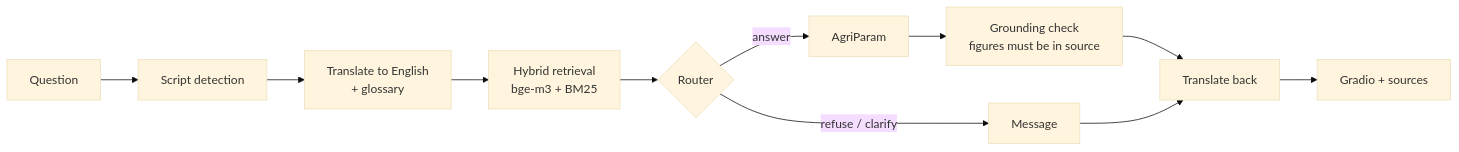
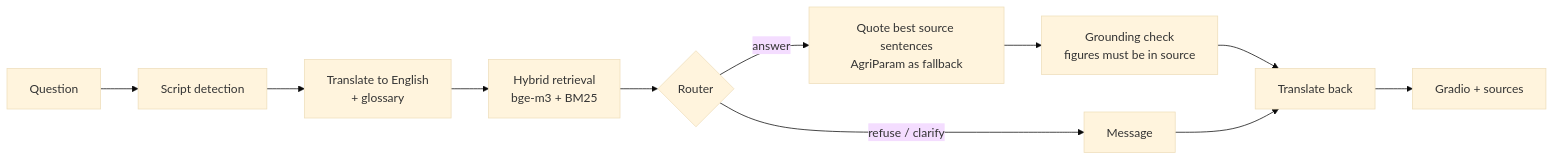
The diagram in README.md (CypherMan2310/FarmerFriend), drawn with Mermaid (base theme) before and after one commit. The commit also changed other lines of this file and 7 other files, not shown here.

````diff
--- a/README.md
+++ b/README.md
@@ -41,9 +41,9 @@
 ```mermaid
 flowchart LR
     Q[Question] --> D[Script detection] --> T[Translate to English<br/>+ glossary]
     T --> R[Hybrid retrieval<br/>bge-m3 + BM25] --> RT{Router}
     RT -- refuse / clarify --> M[Message]
-    RT -- answer --> G[AgriParam] --> V[Grounding check<br/>figures must be in source]
+    RT -- answer --> G[Quote best source sentences<br/>AgriParam as fallback] --> V[Grounding check<br/>figures must be in source]
     V --> B[Translate back] --> UI[Gradio + sources]
     M --> B
 ```
````
